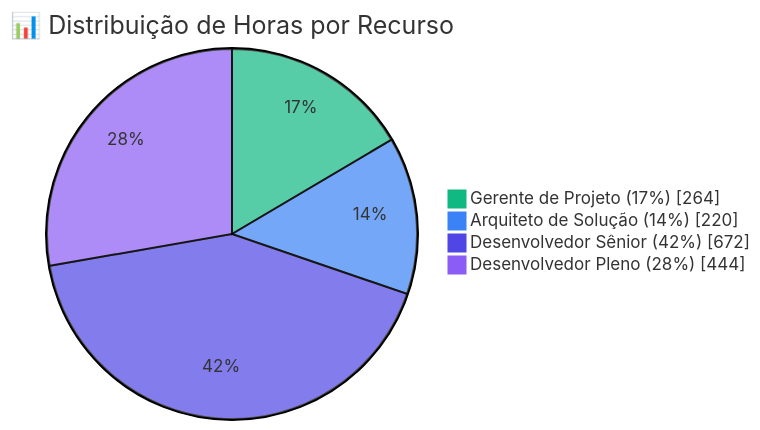
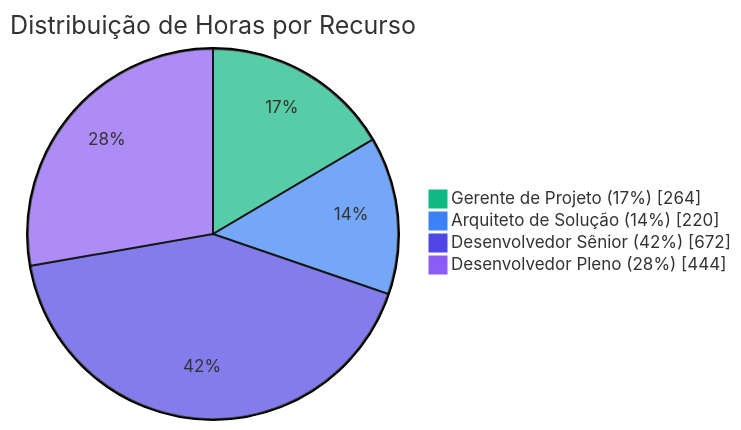
One commit to Evilazaro/Azure-LogicApps-Monitoring changed diagram 11 of 14 in docs/planoProjetoModernizacao.md. Above: the diagram before and after it, drawn with Mermaid. The commit also changed other lines of this file, not shown here.

Commit message:
docs: Enhance mermaid diagrams with improved titles and section headers for better clarity and organization

````diff
--- a/docs/planoProjetoModernizacao.md
+++ b/docs/planoProjetoModernizacao.md
@@ -2108,14 +2108,17 @@
 ```mermaid
+---
+title: Distribuição de Horas por Recurso
+---
 %%{init: { 'theme': 'base', 'themeVariables': {
     'pie1': '#10B981',
     'pie2': '#3B82F6',
     'pie3': '#4F46E5',
     'pie4': '#8B5CF6'
 } } }%%
 pie showData
-    title 📊 Distribuição de Horas por Recurso
+    %% ===== DISTRIBUIÇÃO POR RECURSO =====
     "Gerente de Projeto (17%)" : 264
     "Arquiteto de Solução (14%)" : 220
     "Desenvolvedor Sênior (42%)" : 672
     "Desenvolvedor Pleno (28%)" : 444
 ```
````
